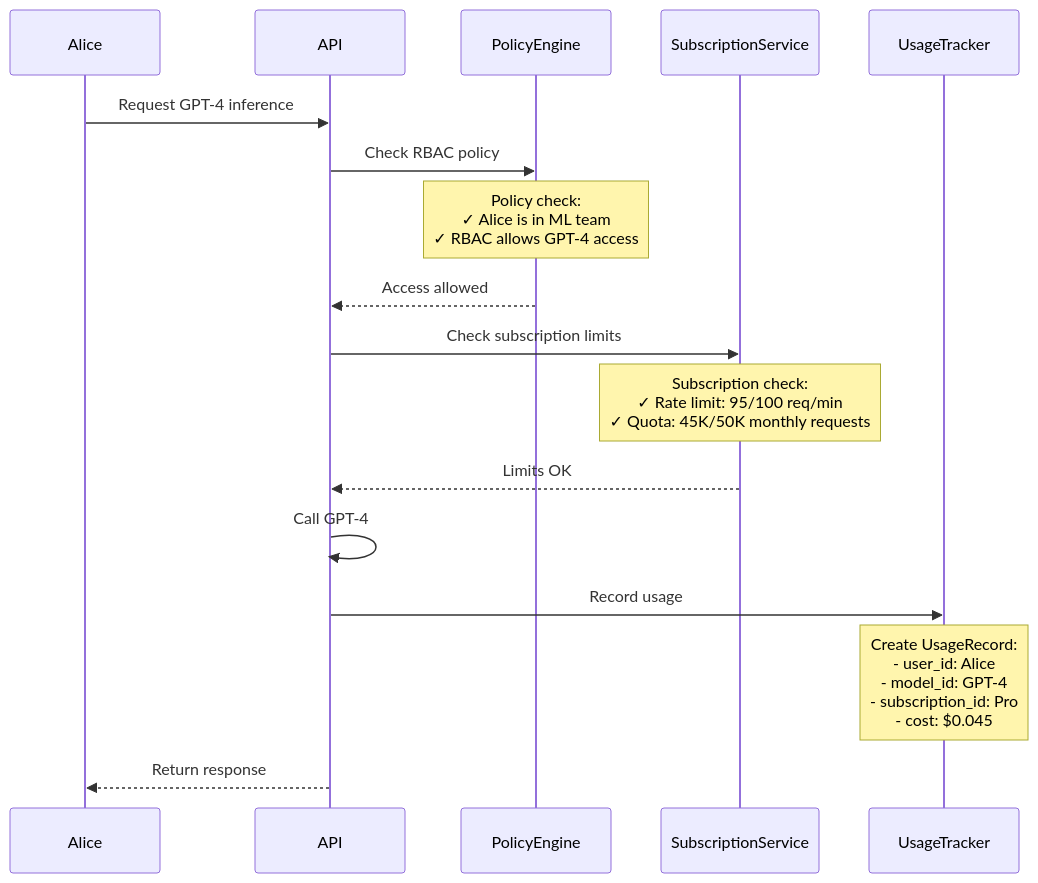
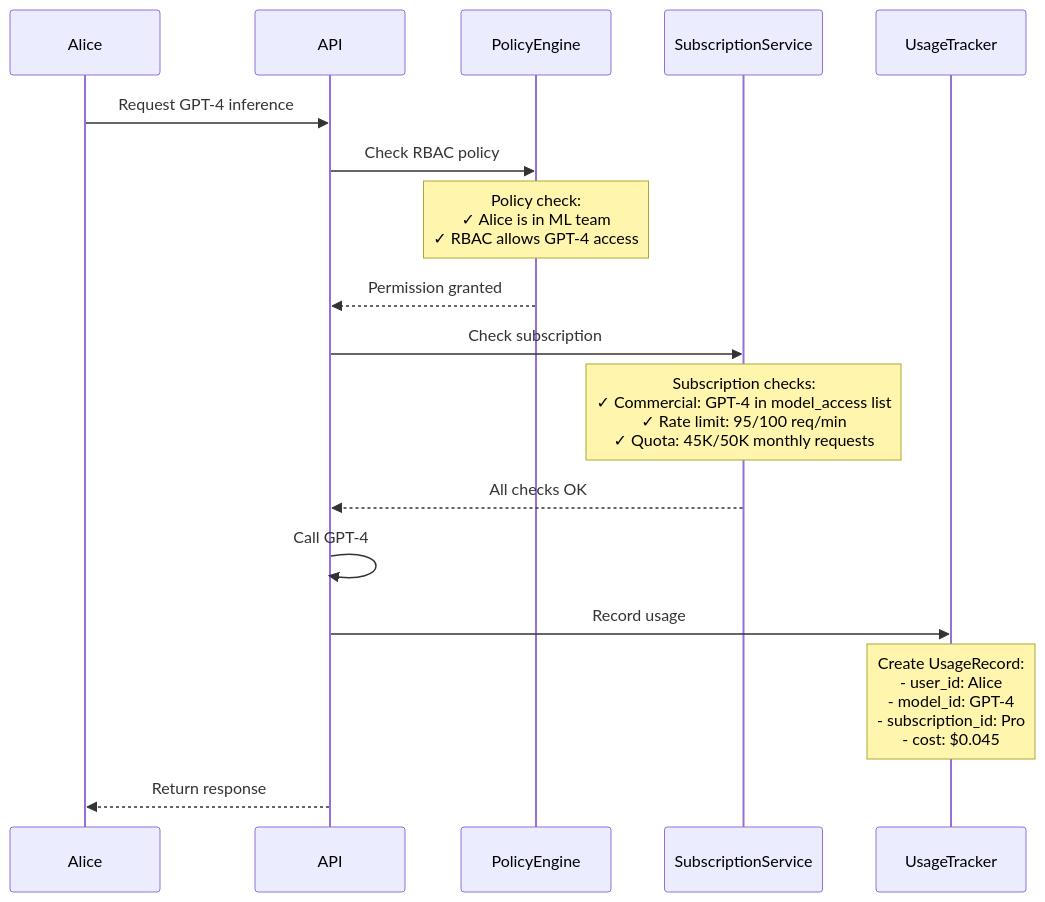
One commit to opendatahub-io/maas-billing changed the second of 2 diagrams in docs/proposals/maas-entity-architecture.md. Above: the diagram before and after it, drawn with Mermaid. The commit also changed other lines of this file, not shown here.

````diff
--- a/docs/proposals/maas-entity-architecture.md
+++ b/docs/proposals/maas-entity-architecture.md
@@ -422,22 +440,22 @@
 ```mermaid
 sequenceDiagram
     participant Alice
     participant API
     participant PolicyEngine
     participant SubscriptionService
     participant UsageTracker
     
     Alice->>API: Request GPT-4 inference
     API->>PolicyEngine: Check RBAC policy
     Note over PolicyEngine: Policy check:<br/>✓ Alice is in ML team<br/>✓ RBAC allows GPT-4 access
-    PolicyEngine-->>API: Access allowed
+    PolicyEngine-->>API: Permission granted
     
-    API->>SubscriptionService: Check subscription limits
-    Note over SubscriptionService: Subscription check:<br/>✓ Rate limit: 95/100 req/min<br/>✓ Quota: 45K/50K monthly requests
-    SubscriptionService-->>API: Limits OK
+    API->>SubscriptionService: Check subscription
+    Note over SubscriptionService: Subscription checks:<br/>✓ Commercial: GPT-4 in model_access list<br/>✓ Rate limit: 95/100 req/min<br/>✓ Quota: 45K/50K monthly requests
+    SubscriptionService-->>API: All checks OK
     
     API->>API: Call GPT-4
     API->>UsageTracker: Record usage
     Note over UsageTracker: Create UsageRecord:<br/>- user_id: Alice<br/>- model_id: GPT-4<br/>- subscription_id: Pro<br/>- cost: $0.045
     API-->>Alice: Return response
 ```
````
